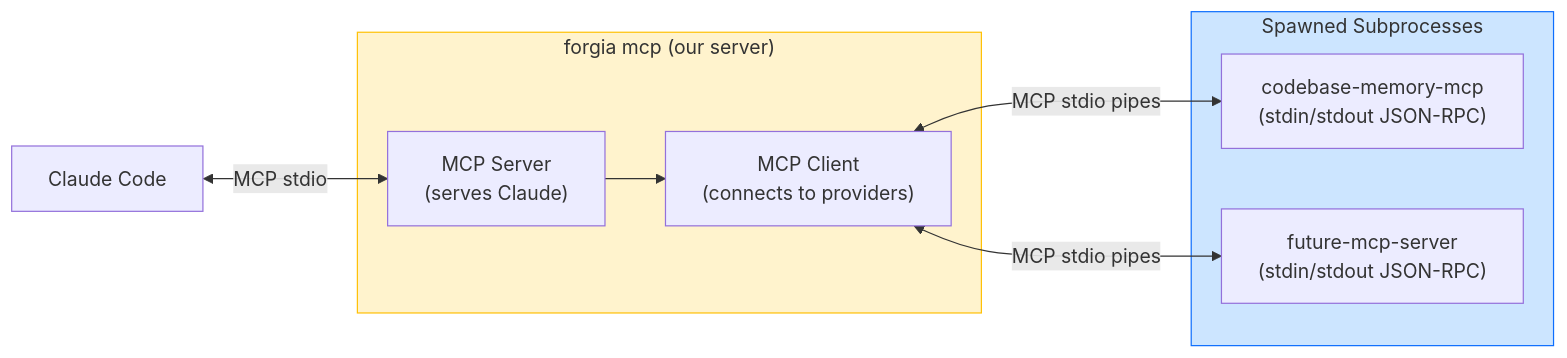
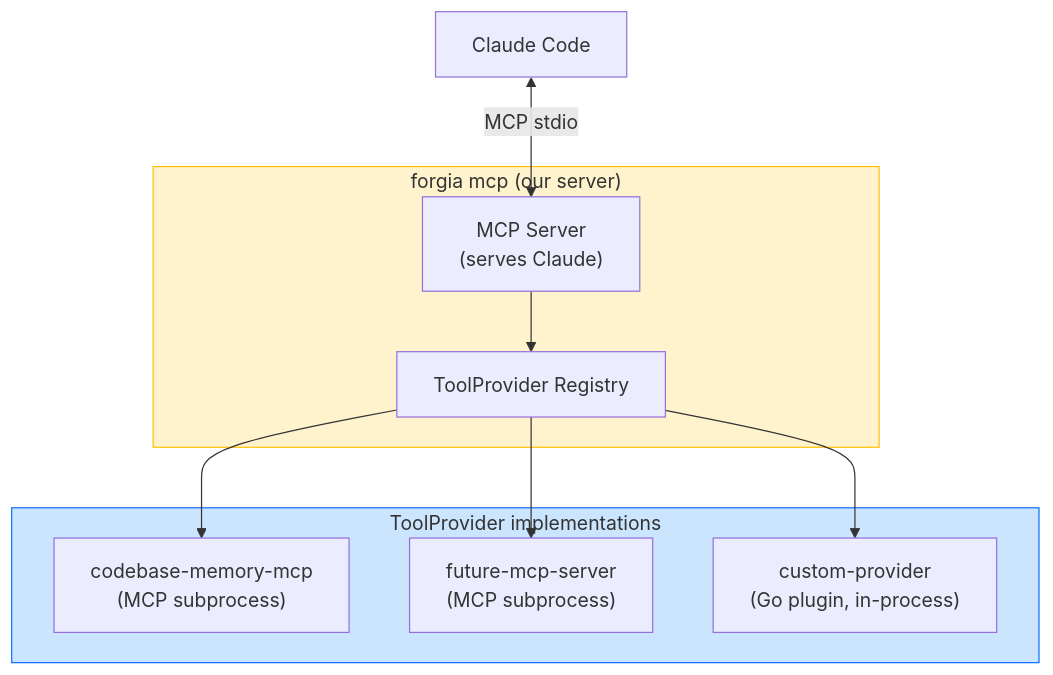
The sixth of 16 diagrams in docs/go-integration-guide.md (Forgia-Labs/forgia), drawn with Mermaid before and after one commit. The commit also changed other lines of this file, not shown here.

````diff
--- a/docs/go-integration-guide.md
+++ b/docs/go-integration-guide.md
@@ -288,21 +288,22 @@
 ```mermaid
-flowchart LR
+flowchart TD
     subgraph forgia ["forgia mcp (our server)"]
         Server["MCP Server\n(serves Claude)"]
-        Client["MCP Client\n(connects to providers)"]
+        Registry["ToolProvider Registry"]
+        Server --> Registry
     end
 
-    subgraph providers ["Spawned Subprocesses"]
-        CM["codebase-memory-mcp\n(stdin/stdout JSON-RPC)"]
-        Future["future-mcp-server\n(stdin/stdout JSON-RPC)"]
+    subgraph providers ["ToolProvider implementations"]
+        CM["codebase-memory-mcp\n(MCP subprocess)"]
+        Future1["future-mcp-server\n(MCP subprocess)"]
+        Future2["custom-provider\n(Go plugin, in-process)"]
     end
 
     Claude["Claude Code"] <-->|"MCP stdio"| Server
-    Client <-->|"MCP stdio pipes"| CM
-    Client <-->|"MCP stdio pipes"| Future
-
-    Server --> Client
+    Registry --> CM
+    Registry --> Future1
+    Registry --> Future2
 
     style forgia fill:#fff3cd,stroke:#ffc107
     style providers fill:#cce5ff,stroke:#0d6efd
 ```
````
